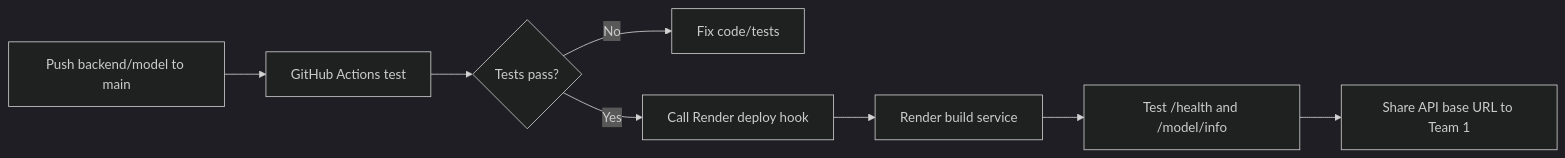
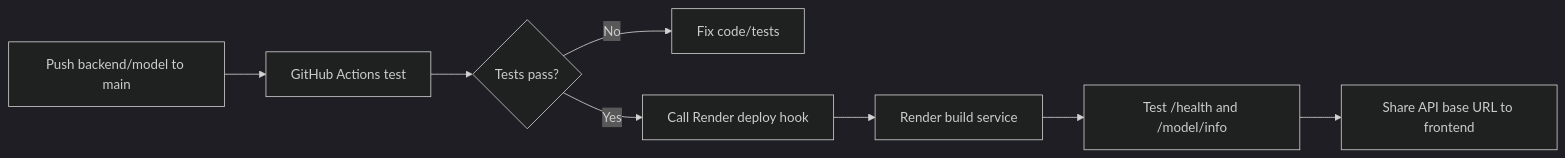
The diagram in docs/deployment.md (uit-25730067-chithanh/AI002-Team22-DT10), drawn with Mermaid (dark theme) before and after one commit. The commit also changed other lines of this file and 21 other files, not shown here.

````diff
--- a/docs/deployment.md
+++ b/docs/deployment.md
@@ -109,10 +109,10 @@
 ```mermaid
 flowchart LR
     A[Push backend/model to main] --> B[GitHub Actions test]
     B --> C{Tests pass?}
     C -->|No| D[Fix code/tests]
     C -->|Yes| E[Call Render deploy hook]
     E --> F[Render build service]
     F --> G[Test /health and /model/info]
-    G --> H[Share API base URL to Team 1]
+    G --> H[Share API base URL to frontend]
 ```
````
